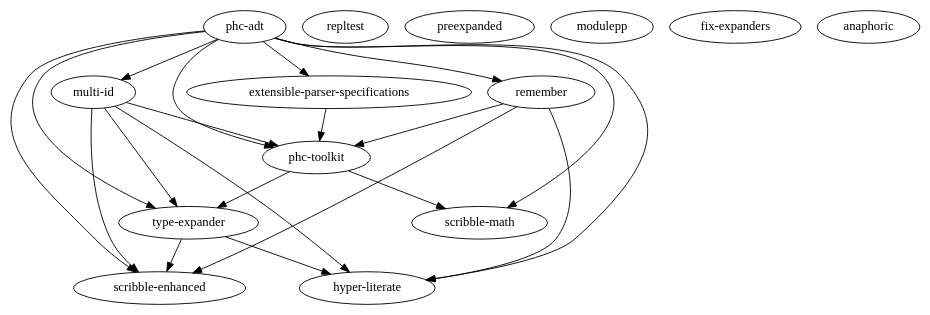
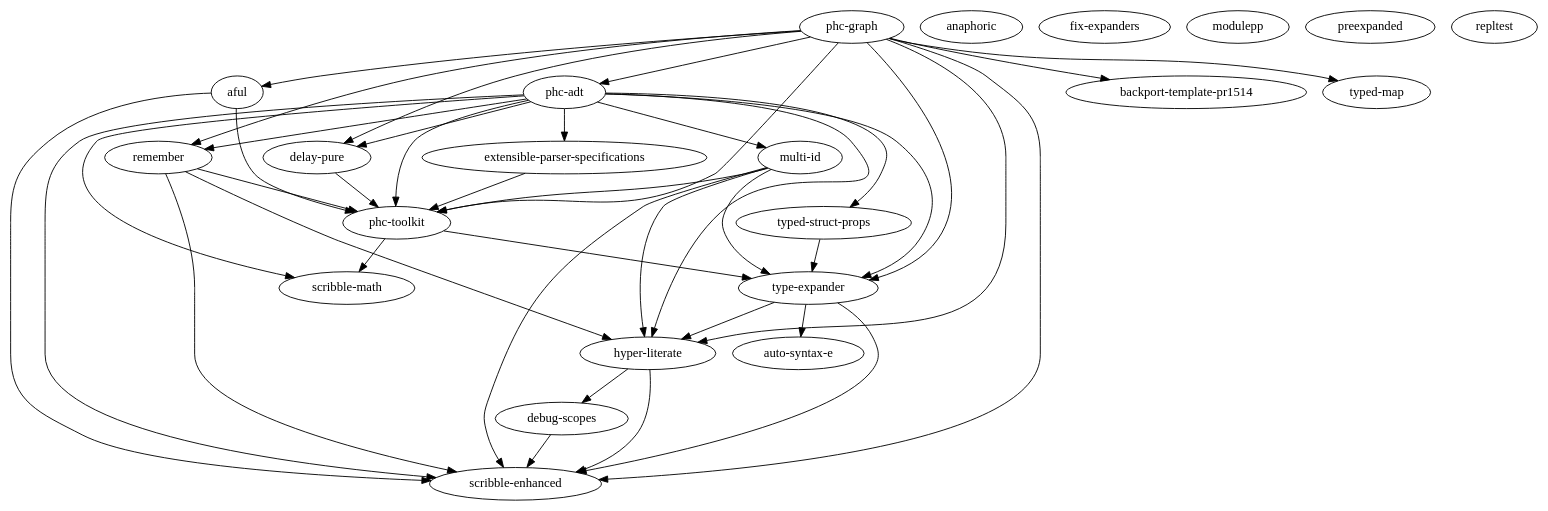
One commit to SuzanneSoy/my-racket-packages changed the diagram in packages.dot. Above: the diagram before and after it, drawn with Graphviz.

Commit message:
Updated some package dependencies

```diff
--- a/packages.dot
+++ b/packages.dot
@@ -1,30 +1,50 @@
 digraph packages {
+  "aful" -> "phc-toolkit"
+  "aful" -> "scribble-enhanced"
+  "anaphoric"
+  "auto-syntax-e"
+  "debug-scopes" -> "scribble-enhanced"
+  "delay-pure" -> "phc-toolkit"
+  "extensible-parser-specifications" -> "phc-toolkit"
+  "fix-expanders"
+  "hyper-literate" -> "debug-scopes"
+  "hyper-literate" -> "scribble-enhanced"
+  "modulepp"
+  "multi-id" -> "hyper-literate"
+  "multi-id" -> "phc-toolkit"
+  "multi-id" -> "scribble-enhanced"
+  "multi-id" -> "type-expander"
+  "phc-adt" -> "delay-pure"
+  "phc-adt" -> "extensible-parser-specifications"
+  "phc-adt" -> "hyper-literate"
+  "phc-adt" -> "multi-id"
+  "phc-adt" -> "phc-toolkit"
+  "phc-adt" -> "remember"
+  "phc-adt" -> "scribble-enhanced"
+  "phc-adt" -> "scribble-math"
+  "phc-adt" -> "typed-struct-props"
+  "phc-adt" -> "type-expander"
+  "phc-graph" -> "aful"
+  "phc-graph" -> "backport-template-pr1514"
+  "phc-graph" -> "delay-pure"
+  "phc-graph" -> "hyper-literate"
+  "phc-graph" -> "phc-adt"
+  "phc-graph" -> "phc-toolkit"
+  "phc-graph" -> "remember"
+  "phc-graph" -> "scribble-enhanced"
+  "phc-graph" -> "typed-map"
+  "phc-graph" -> "type-expander"
+  "phc-toolkit" -> "scribble-math"
+  "phc-toolkit" -> "type-expander"
+  "preexpanded"
+  "remember" -> "hyper-literate"
+  "remember" -> "phc-toolkit"
+  "remember" -> "scribble-enhanced"
+  "repltest"
+  "scribble-enhanced"
+  "scribble-math"
+  "typed-struct-props" -> "type-expander"
+  "type-expander" -> "auto-syntax-e"
   "type-expander" -> "hyper-literate"
   "type-expander" -> "scribble-enhanced"
-  "scribble-enhanced"
-  "repltest"
-  "remember" -> "phc-toolkit"
-  "remember" -> "hyper-literate"
-  "remember" -> "scribble-enhanced"
-  "preexpanded"
-  "phc-toolkit" -> "scribble-math"
-  "phc-toolkit" -> "type-expander"
-  "phc-adt" -> "remember"
-  "phc-adt" -> "phc-toolkit"
-  "phc-adt" -> "hyper-literate"
-  "phc-adt" -> "multi-id"
-  "phc-adt" -> "type-expander"
-  "phc-adt" -> "scribble-math"
-  "phc-adt" -> "scribble-enhanced"
-  "phc-adt" -> "extensible-parser-specifications"
-  "multi-id" -> "phc-toolkit"
-  "multi-id" -> "type-expander"
-  "multi-id" -> "scribble-enhanced"
-  "multi-id" -> "hyper-literate"
-  "modulepp"
-  "hyper-literate"
-  "fix-expanders"
-  "anaphoric"
-  "scribble-math"
-  "extensible-parser-specifications" -> "phc-toolkit"
 }
```
